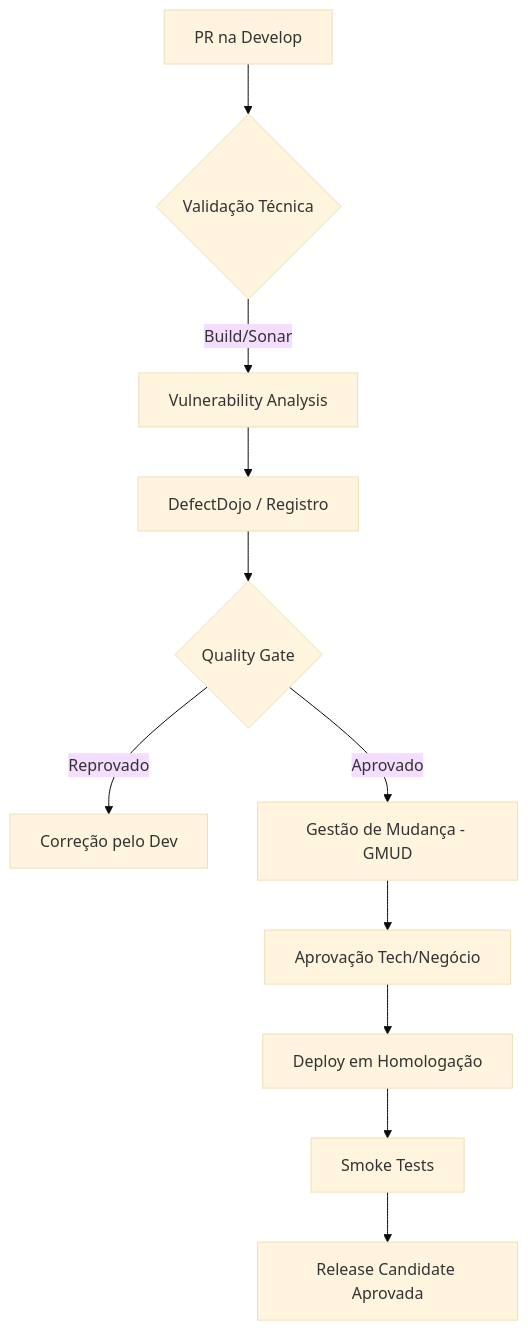
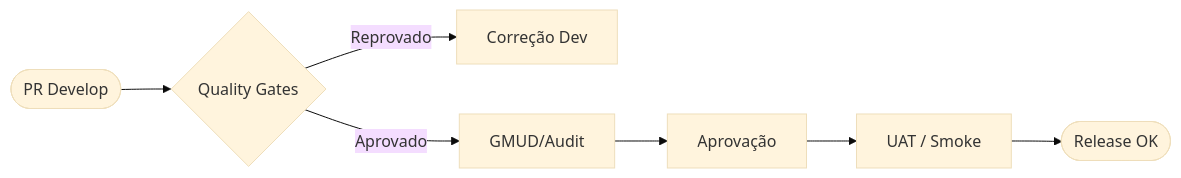
One commit to saulomcosta/ecossistema-git changed the first of 4 diagrams in WORKSHOP_GITHUB_ECOSYSTEM.md. Above: the diagram before and after it, drawn with Mermaid (base theme). The commit also changed other lines of this file and 1 other file, not shown here.

Commit message:
ajustes nos relatorios

````diff
--- a/WORKSHOP_GITHUB_ECOSYSTEM.md
+++ b/WORKSHOP_GITHUB_ECOSYSTEM.md
@@ -19,13 +19,9 @@
 ```mermaid
-flowchart TD
-    A[PR na Develop] --> B{Validação Técnica}
-    B -->|Build/Sonar| C[Vulnerability Analysis]
-    C --> D[DefectDojo / Registro]
-    D --> E{Quality Gate}
-    E -->|Reprovado| F[Correção pelo Dev]
-    E -->|Aprovado| G[Gestão de Mudança - GMUD]
-    G --> H[Aprovação Tech/Negócio]
-    H --> I[Deploy em Homologação]
-    I --> J[Smoke Tests]
-    J --> K[Release Candidate Aprovada]
+flowchart LR
+    A([PR Develop]) --> B{Quality Gates}
+    B -->|Reprovado| F[Correção Dev]
+    B -->|Aprovado| G[GMUD/Audit]
+    G --> H[Aprovação]
+    H --> I[UAT / Smoke]
+    I --> K([Release OK])
 ```
````
